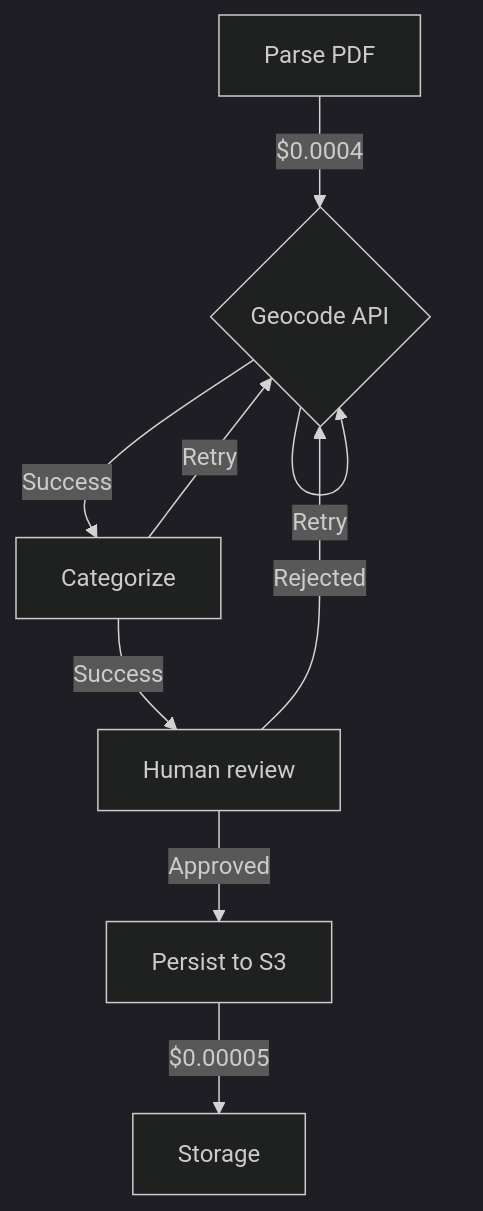
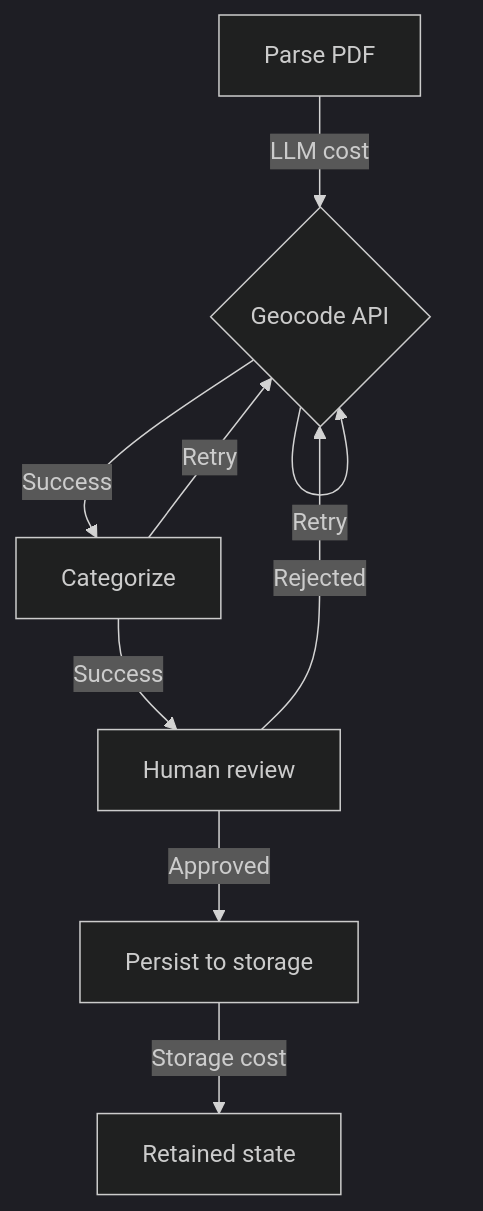
One commit to kubaik/kubaik.github.io changed the diagram in docs/agentic-finops-is-a-trap/index.md. Above: the diagram before and after it, drawn with Mermaid (dark theme). The commit also changed other lines of this file and 1068 other files, not shown here.

````diff
--- a/docs/agentic-finops-is-a-trap/index.md
+++ b/docs/agentic-finops-is-a-trap/index.md
@@ -40,11 +39,11 @@
 ```mermaid
 flowchart TD
-    A[Parse PDF] -->|$0.0004| B{Geocode API}
+    A[Parse PDF] -->|LLM cost| B{Geocode API}
     B -->|Success| C[Categorize]
     B -->|Retry| B
     C -->|Success| D[Human review]
     C -->|Retry| B
-    D -->|Approved| E[Persist to S3]
+    D -->|Approved| E[Persist to storage]
     D -->|Rejected| B
-    E -->|$0.00005| F[Storage]
+    E -->|Storage cost| F[Retained state]
 ```
````
